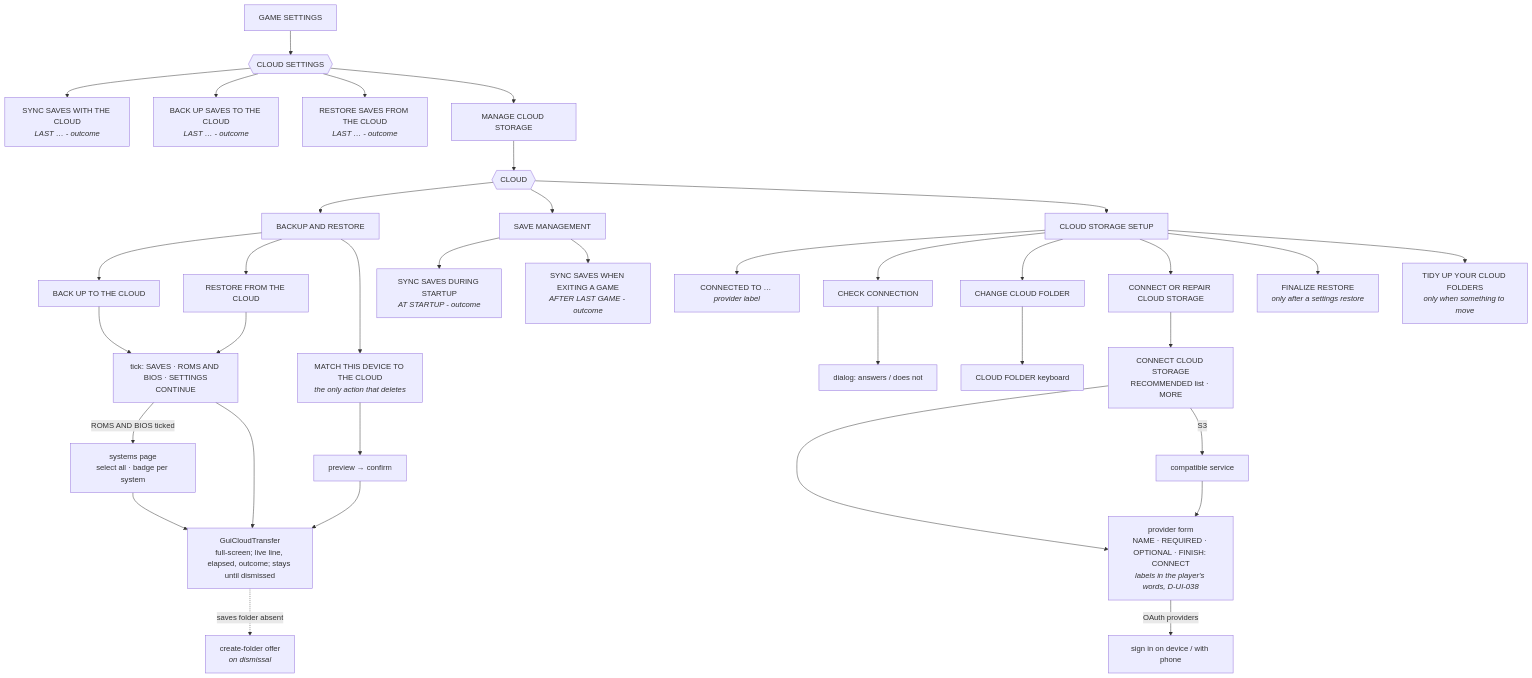
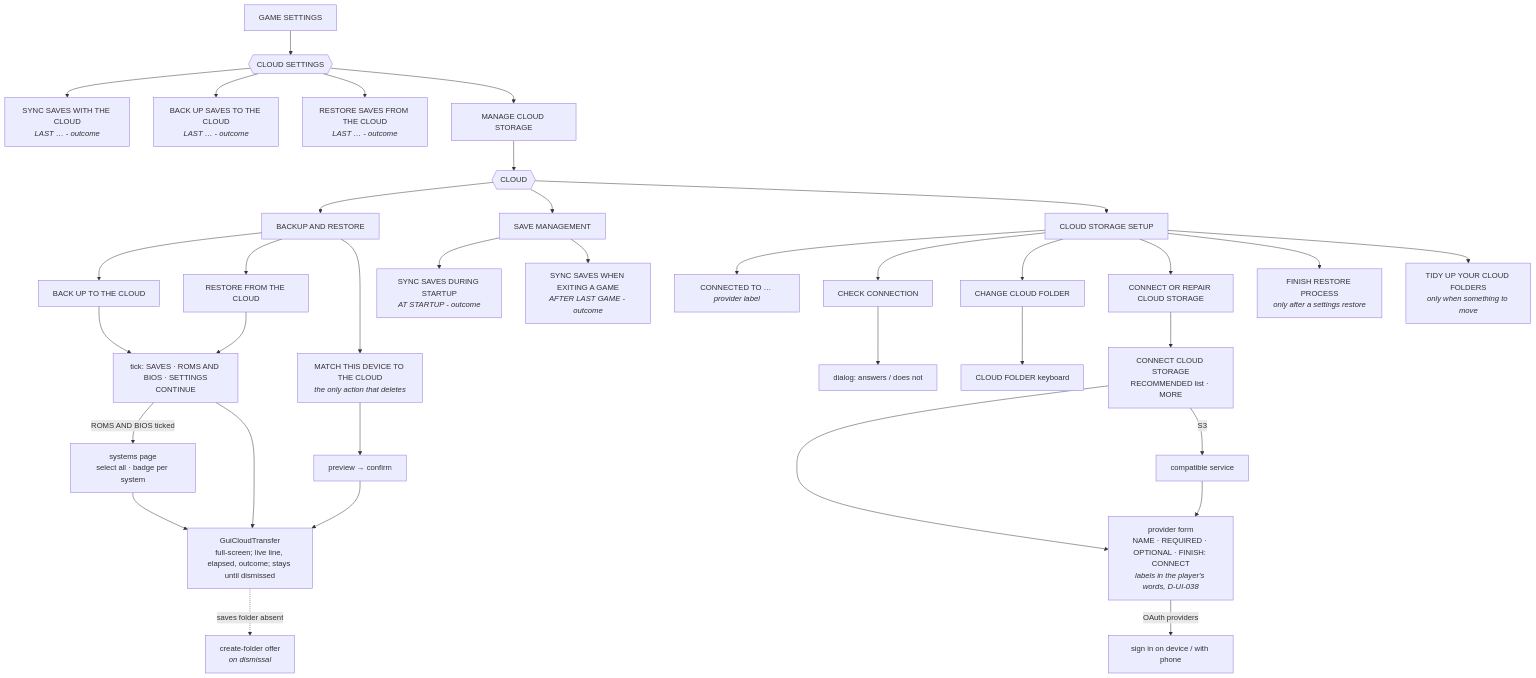
The second of 2 diagrams in docs/es-menu-map.md (maxengel/rocknix), drawn with Mermaid before and after one commit. The commit also changed other lines of this file, not shown here.

First line of the commit message:
docs: menu map -- FINISH RESTORE PROCESS (D-UI-046)

````diff
--- a/docs/es-menu-map.md
+++ b/docs/es-menu-map.md
@@ -92,33 +92,33 @@
 ```mermaid
 flowchart TD
     GS[GAME SETTINGS] --> CS{{CLOUD SETTINGS}}
     CS --> SYNC[SYNC SAVES WITH THE CLOUD<br/><i>LAST … - outcome</i>]
     CS --> UP[BACK UP SAVES TO THE CLOUD<br/><i>LAST … - outcome</i>]
     CS --> DOWN[RESTORE SAVES FROM THE CLOUD<br/><i>LAST … - outcome</i>]
     CS --> ALL[MANAGE CLOUD STORAGE]
 
     ALL --> HUB{{CLOUD}}
     HUB --> BR[BACKUP AND RESTORE]
     BR --> BU[BACK UP TO THE CLOUD] --> TICK[tick: SAVES · ROMS AND BIOS · SETTINGS<br/>CONTINUE]
     BR --> RE[RESTORE FROM THE CLOUD] --> TICK
     TICK -->|ROMS AND BIOS ticked| PICK[systems page<br/>select all · badge per system]
     TICK --> XFER[GuiCloudTransfer<br/>full-screen; live line, elapsed, outcome; stays until dismissed]
     PICK --> XFER
     XFER -.->|saves folder absent| OFFER[create-folder offer<br/><i>on dismissal</i>]
     BR --> MATCH[MATCH THIS DEVICE TO THE CLOUD<br/><i>the only action that deletes</i>] --> PREV[preview → confirm] --> XFER
 
     HUB --> SM[SAVE MANAGEMENT]
     SM --> ST[SYNC SAVES DURING STARTUP<br/><i>AT STARTUP - outcome</i>]
     SM --> GE[SYNC SAVES WHEN EXITING A GAME<br/><i>AFTER LAST GAME - outcome</i>]
 
     HUB --> CSS[CLOUD STORAGE SETUP]
     CSS --> CT[CONNECTED TO … <i>provider label</i>]
     CSS --> CHK[CHECK CONNECTION] --> CHKD[dialog: answers / does not]
     CSS --> FOLDER[CHANGE CLOUD FOLDER] --> KB[CLOUD FOLDER keyboard]
     CSS --> CONN[CONNECT OR REPAIR CLOUD STORAGE] --> LIST[CONNECT CLOUD STORAGE<br/>RECOMMENDED list · MORE]
     LIST --> FORM[provider form<br/>NAME · REQUIRED · OPTIONAL · FINISH: CONNECT<br/><i>labels in the player's words, D-UI-038</i>]
     LIST -->|S3| SUB[compatible service] --> FORM
     FORM -->|OAuth providers| OAUTH[sign in on device / with phone]
-    CSS --> FIN[FINALIZE RESTORE<br/><i>only after a settings restore</i>]
+    CSS --> FIN[FINISH RESTORE PROCESS<br/><i>only after a settings restore</i>]
     CSS --> TIDY[TIDY UP YOUR CLOUD FOLDERS<br/><i>only when something to move</i>]
 ```
````
